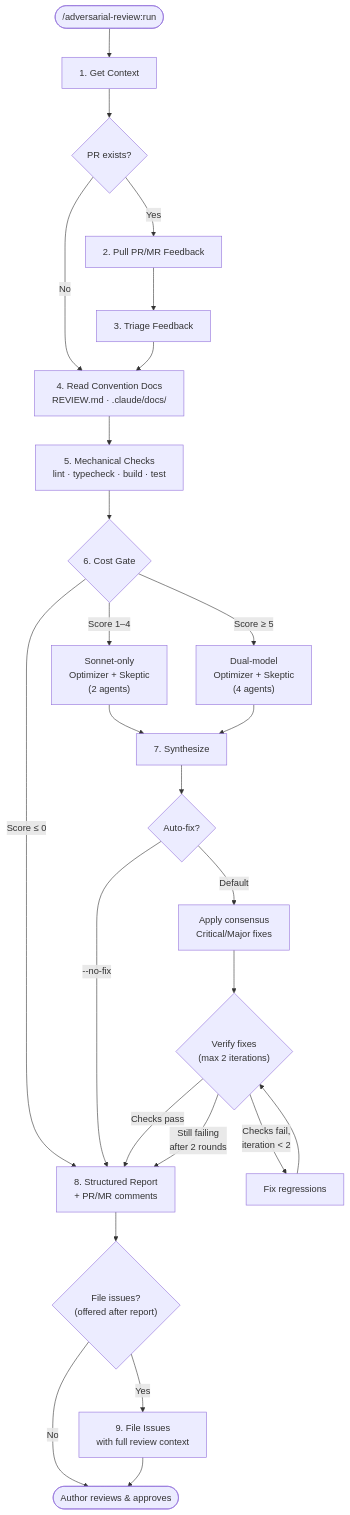
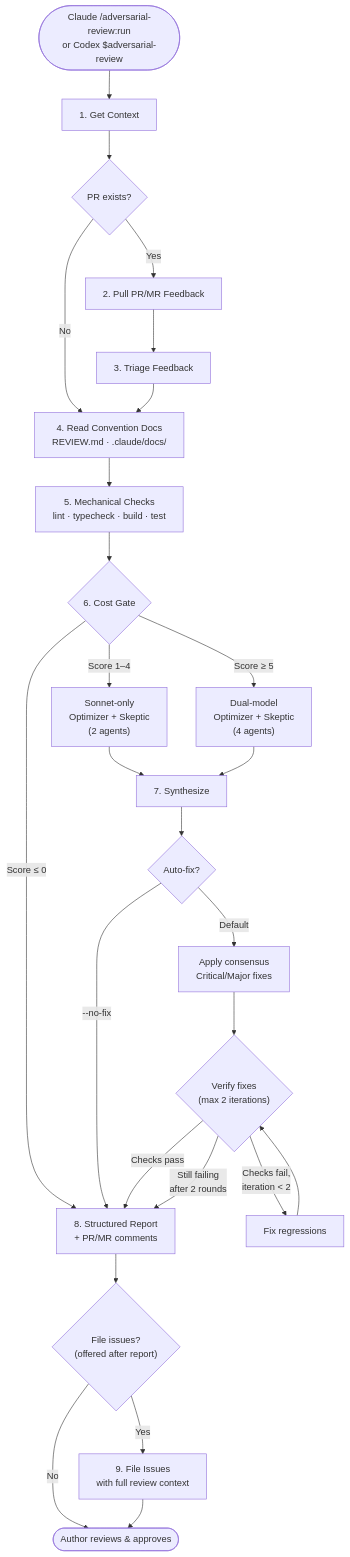
One commit to ng/adversarial-review changed the first of 3 diagrams in README.md. Above: the diagram before and after it, drawn with Mermaid. The commit also changed other lines of this file and 10 other files, not shown here.

First line of the commit message:
feat: add Codex cross-review support with --with-codex sidecar and flag defaults (#22)

````diff
--- a/README.md
+++ b/README.md
@@ -79,26 +176,26 @@
 ```mermaid
 flowchart TD
-    Start(["/adversarial-review:run"]) --> Context["1. Get Context"]
+    Start(["Claude /adversarial-review:run<br/>or Codex $adversarial-review"]) --> Context["1. Get Context"]
     Context --> PR{PR exists?}
     PR -->|Yes| Feedback["2. Pull PR/MR Feedback"]
     PR -->|No| Docs
     Feedback --> Triage["3. Triage Feedback"]
     Triage --> Docs["4. Read Convention Docs<br/>REVIEW.md · .claude/docs/"]
     Docs --> Mechanical["5. Mechanical Checks<br/>lint · typecheck · build · test"]
     Mechanical --> Gate{"6. Cost Gate"}
     Gate -->|"Score ≤ 0"| Report
     Gate -->|"Score 1–4"| Standard["Sonnet-only<br/>Optimizer + Skeptic<br/>(2 agents)"]
     Gate -->|"Score ≥ 5"| Full["Dual-model<br/>Optimizer + Skeptic<br/>(4 agents)"]
     Standard & Full --> Synth["7. Synthesize"]
     Synth --> ModeCheck{Auto-fix?}
     ModeCheck -->|"--no-fix"| Report
     ModeCheck -->|"Default"| Apply["Apply consensus<br/>Critical/Major fixes"]
     Apply --> Verify{"Verify fixes<br/>(max 2 iterations)"}
     Verify -->|"Checks pass"| Report
     Verify -->|"Checks fail,<br/>iteration < 2"| Fix["Fix regressions"] --> Verify
     Verify -->|"Still failing<br/>after 2 rounds"| Report
     Report["8. Structured Report<br/>+ PR/MR comments"] --> Issues{"File issues?<br/>(offered after report)"}
     Issues -->|Yes| File["9. File Issues<br/>with full review context"]
     Issues -->|No| Done
     File --> Done([Author reviews & approves])
 ```
````
